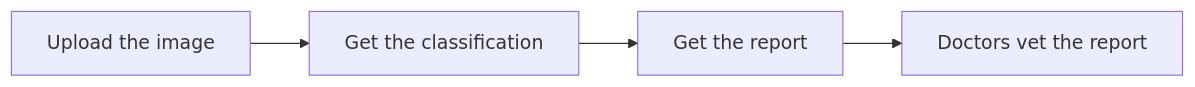
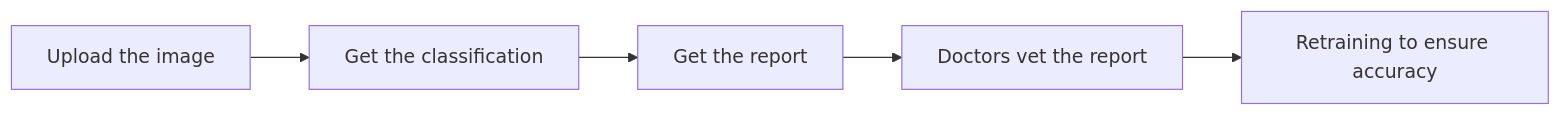
One commit to kkkamur07/Flower-Decentralized-AI-Hackathon changed the diagram in README.md. Above: the diagram before and after it, drawn with Mermaid. The commit also changed other lines of this file and 4 other files, not shown here.

````diff
--- a/README.md
+++ b/README.md
@@ -32,6 +33,7 @@
 ```mermaid
 flowchart LR 
   A[Upload the image] --> B[Get the classification]
   B --> C[Get the report]
-  C --> D[Doctors vet the report]
+  C --> D[Doctors vet the report] 
+  D --> E[Retraining to ensure accuracy]
 ```
````
